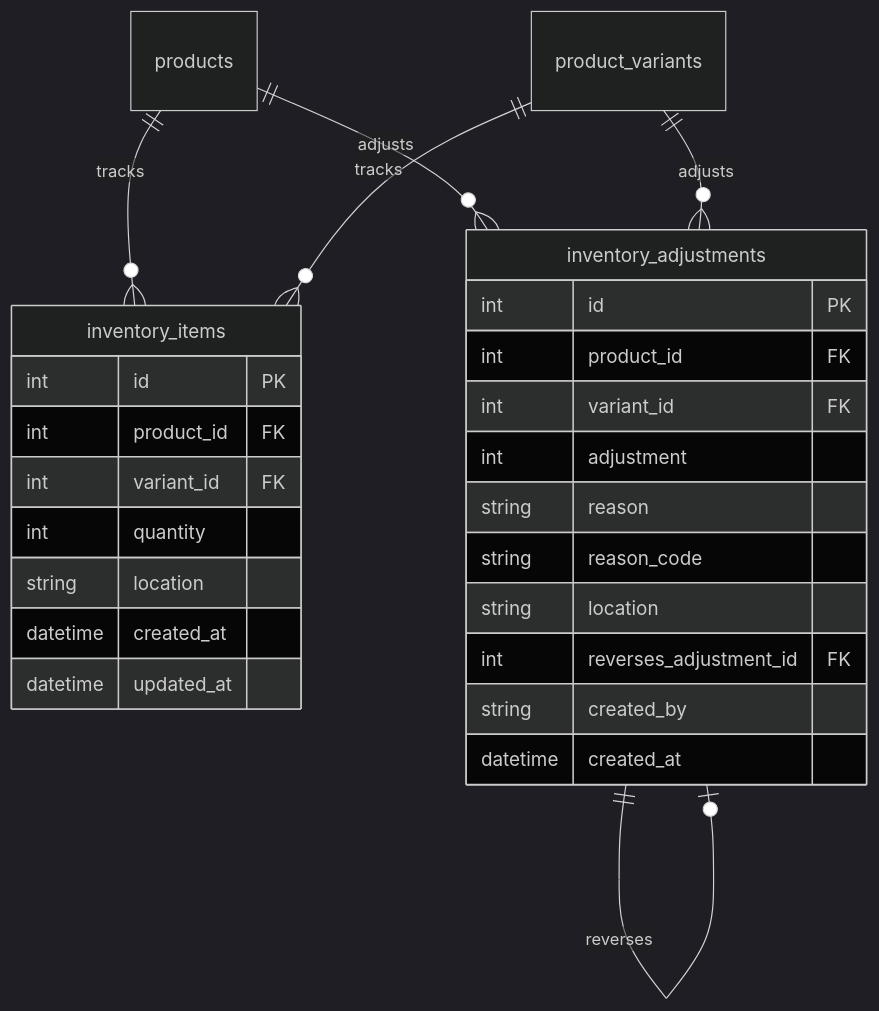
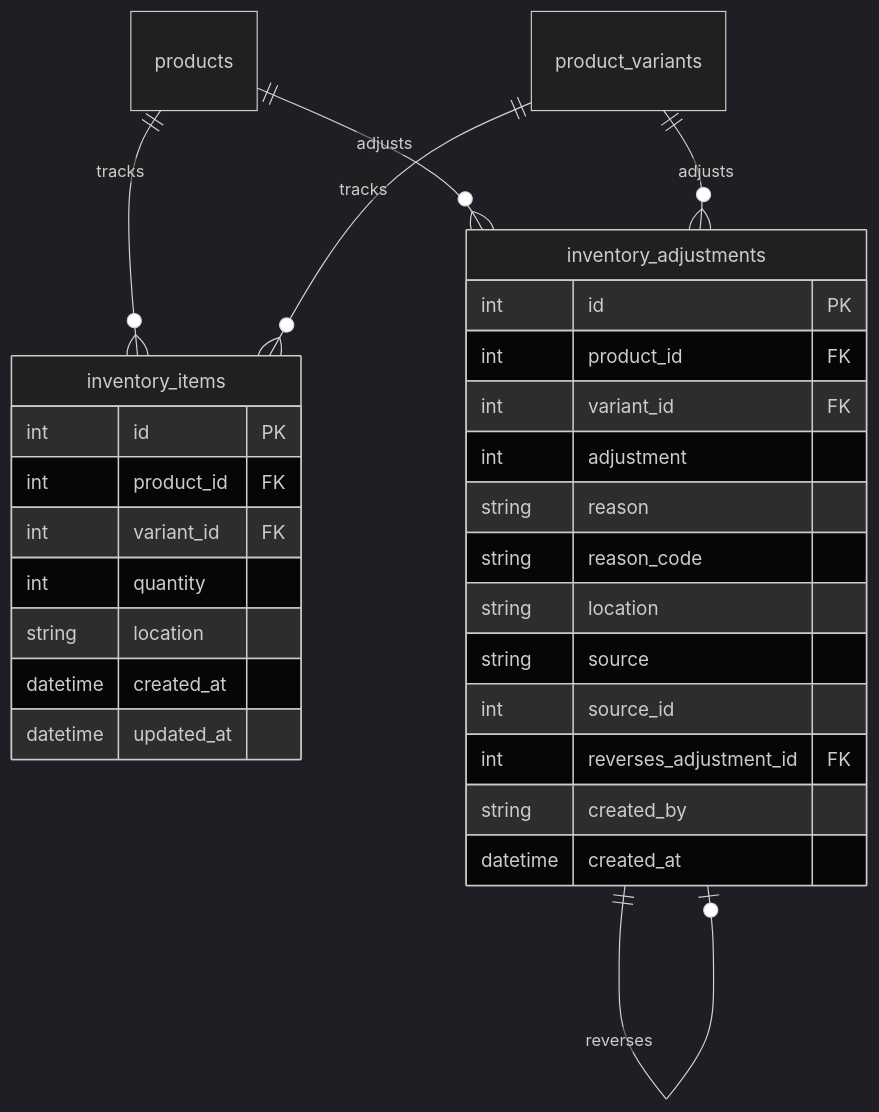
The third of 12 diagrams in docs/concepts/database-architecture.md (nickvander/fulcrum), drawn with Mermaid (dark theme) before and after one commit. The commit also changed other lines of this file and 6 other files, not shown here.

````diff
--- a/docs/concepts/database-architecture.md
+++ b/docs/concepts/database-architecture.md
@@ -214,31 +214,33 @@
 ```mermaid
 erDiagram
     inventory_items {
         int id PK
         int product_id FK
         int variant_id FK
         int quantity
         string location
         datetime created_at
         datetime updated_at
     }
 
     inventory_adjustments {
         int id PK
         int product_id FK
         int variant_id FK
         int adjustment
         string reason
         string reason_code
         string location
+        string source
+        int source_id
         int reverses_adjustment_id FK
         string created_by
         datetime created_at
     }
 
     products ||--o{ inventory_items : tracks
     products ||--o{ inventory_adjustments : adjusts
     product_variants ||--o{ inventory_items : tracks
     product_variants ||--o{ inventory_adjustments : adjusts
     inventory_adjustments ||--o| inventory_adjustments : reverses
 ```
````
